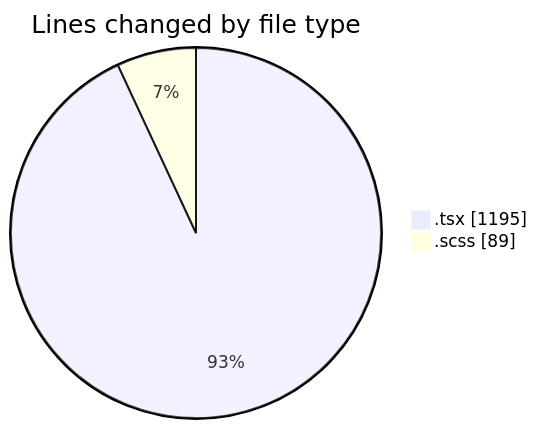
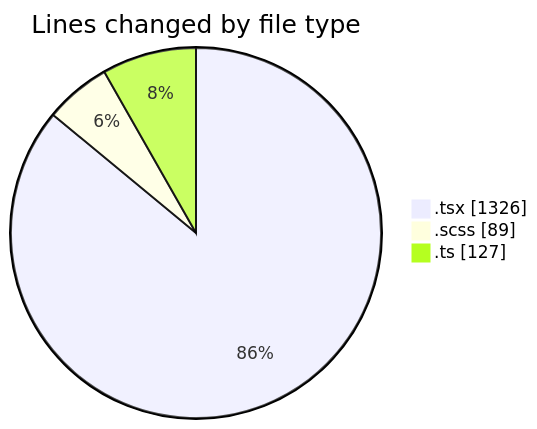
Before and after one commit to momahboobian/code-tracking: the first of 2 diagrams in 2025-06-17/cda/README.md, drawn with Mermaid. The commit also changed other lines of this file and 1 other file, not shown here.

````diff
--- a/2025-06-17/cda/README.md
+++ b/2025-06-17/cda/README.md
@@ -23,6 +24,7 @@
 ```mermaid
 pie showData
 title Lines changed by file type
-".tsx" : 1195
+".tsx" : 1326
 ".scss" : 89
+".ts" : 127
 ```
````
